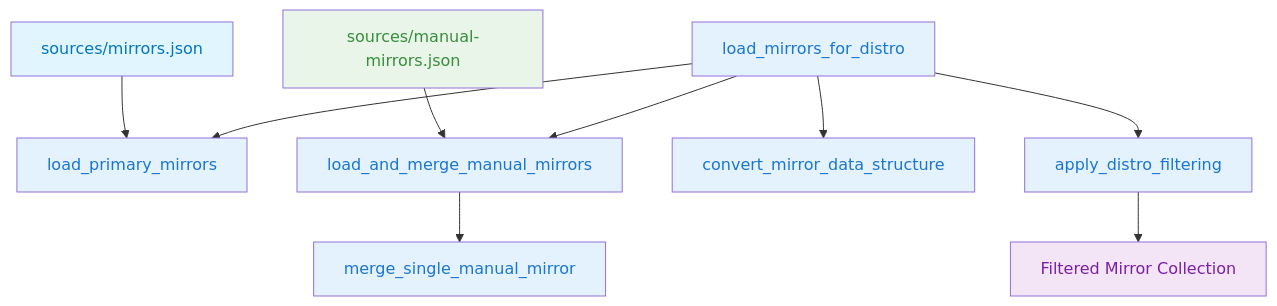
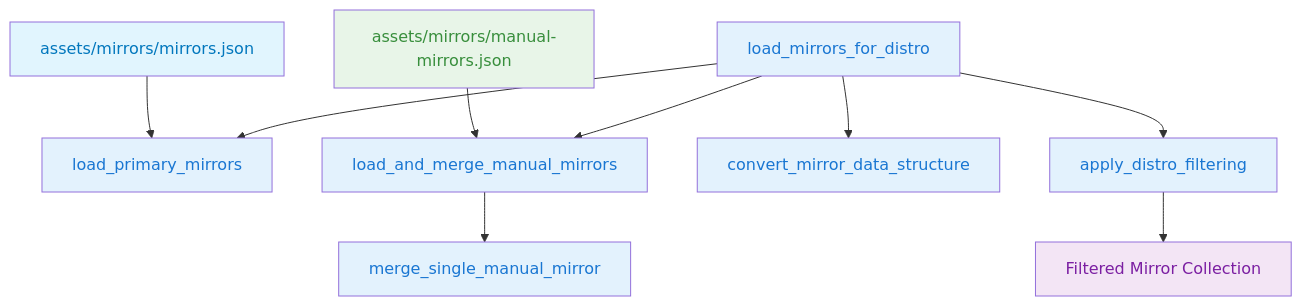
One commit to xiaobingling93-pixel/openeuler-epkg changed the sixth of 6 diagrams in scripts/mirror/README.md. Above: the diagram before and after it, drawn with Mermaid. The commit also changed other lines of this file and 27 other files, not shown here.

````diff
--- a/scripts/mirror/README.md
+++ b/scripts/mirror/README.md
@@ -591,24 +593,24 @@
 ```mermaid
 graph TB
     A[load_mirrors_for_distro] --> B[load_primary_mirrors]
     A --> C[load_and_merge_manual_mirrors]
     A --> D[convert_mirror_data_structure]
     A --> E[apply_distro_filtering]
 
     C --> F[merge_single_manual_mirror]
 
-    G[sources/mirrors.json] --> B
-    H[sources/manual-mirrors.json] --> C
+    G[assets/mirrors/mirrors.json] --> B
+    H[assets/mirrors/manual-mirrors.json] --> C
 
     E --> I[Filtered Mirror Collection]
 
     style A fill:#e3f2fd,color:#1976d2
     style B fill:#e3f2fd,color:#1976d2
     style C fill:#e3f2fd,color:#1976d2
     style D fill:#e3f2fd,color:#1976d2
     style E fill:#e3f2fd,color:#1976d2
     style F fill:#e3f2fd,color:#1976d2
     style G fill:#e1f5fe,color:#0277bd
     style H fill:#e8f5e8,color:#388e3c
     style I fill:#f3e5f5,color:#7b1fa2
 ```
````
